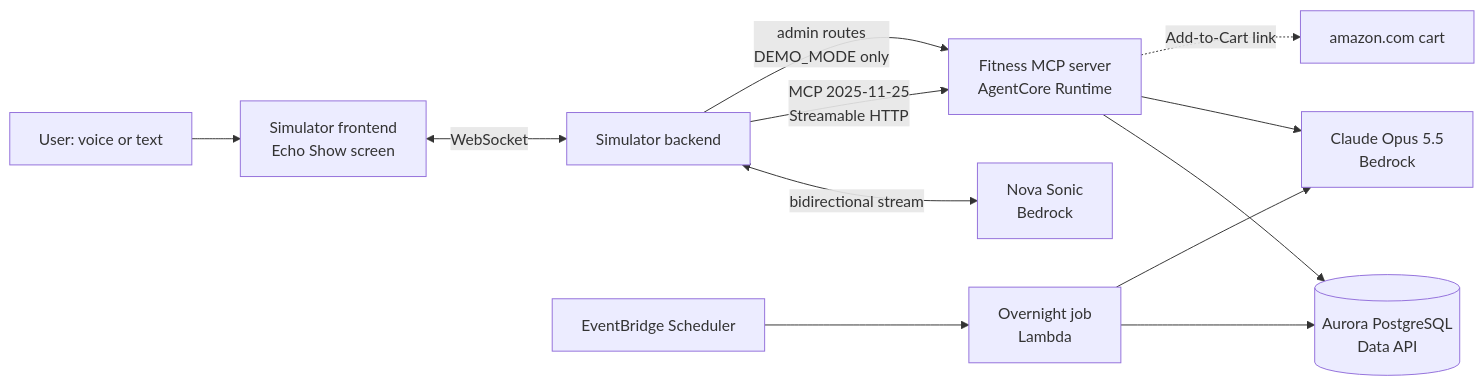
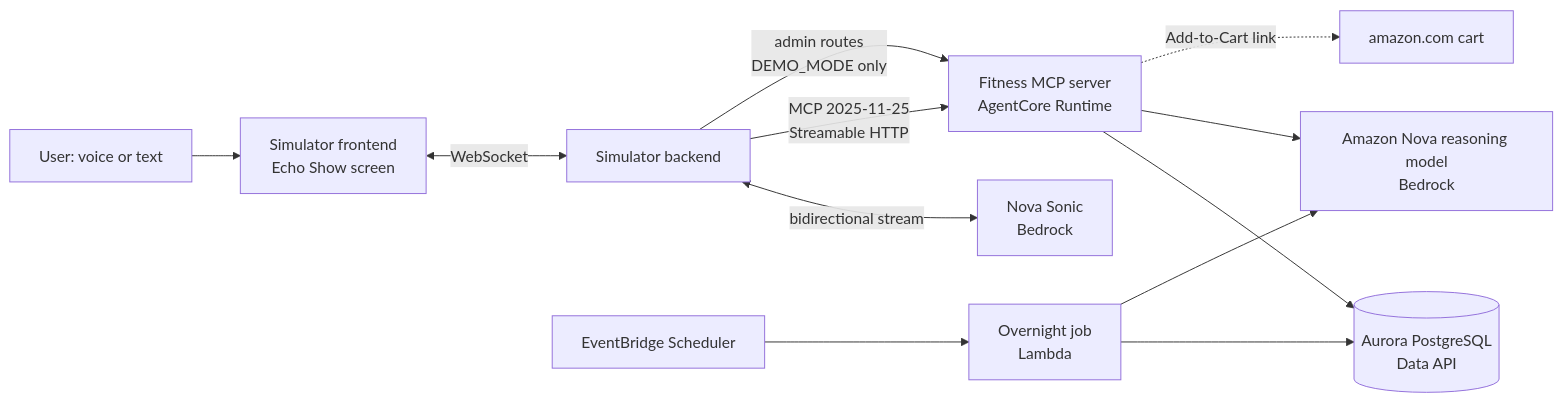
Before and after one commit to BashaarJavaid/Dayform: the diagram in DESIGN.md, drawn with Mermaid. The commit also changed other lines of this file and 4 other files, not shown here.

Commit message:
Orchestrator: Nova-only reasoning (D21), no worktrees, machine facts refreshed

````diff
--- a/DESIGN.md
+++ b/DESIGN.md
@@ -36,14 +37,14 @@
 ```mermaid
 flowchart LR
   U[User: voice or text] --> FE[Simulator frontend<br/>Echo Show screen]
   FE <-- WebSocket --> BE[Simulator backend]
   BE <-- bidirectional stream --> SONIC[Nova Sonic<br/>Bedrock]
   BE -- MCP 2025-11-25<br/>Streamable HTTP --> MCP[Fitness MCP server<br/>AgentCore Runtime]
   BE -- admin routes<br/>DEMO_MODE only --> MCP
   MCP --> DB[(Aurora PostgreSQL<br/>Data API)]
-  MCP --> OPUS[Claude Opus 5.5<br/>Bedrock]
+  MCP --> OPUS[Amazon Nova reasoning model<br/>Bedrock]
   SCHED[EventBridge Scheduler] --> JOB[Overnight job<br/>Lambda]
   JOB --> DB
   JOB --> OPUS
   MCP -. Add-to-Cart link .-> AMZ[amazon.com cart]
 ```
````
